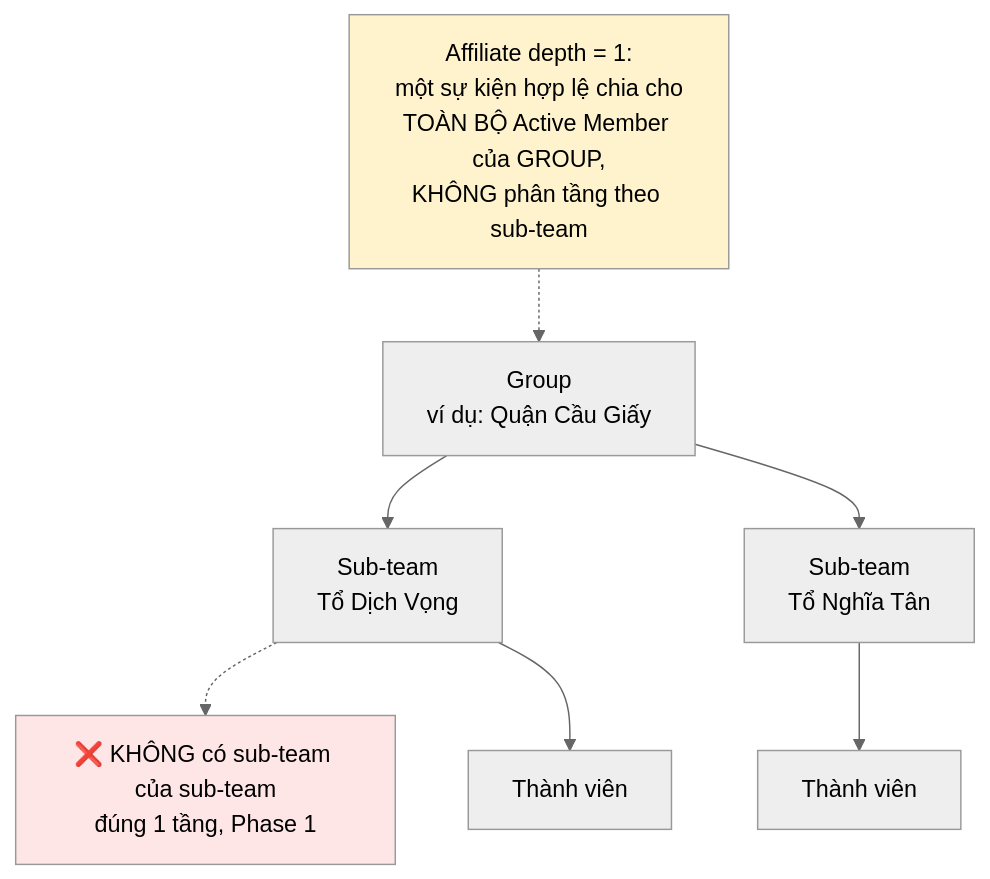
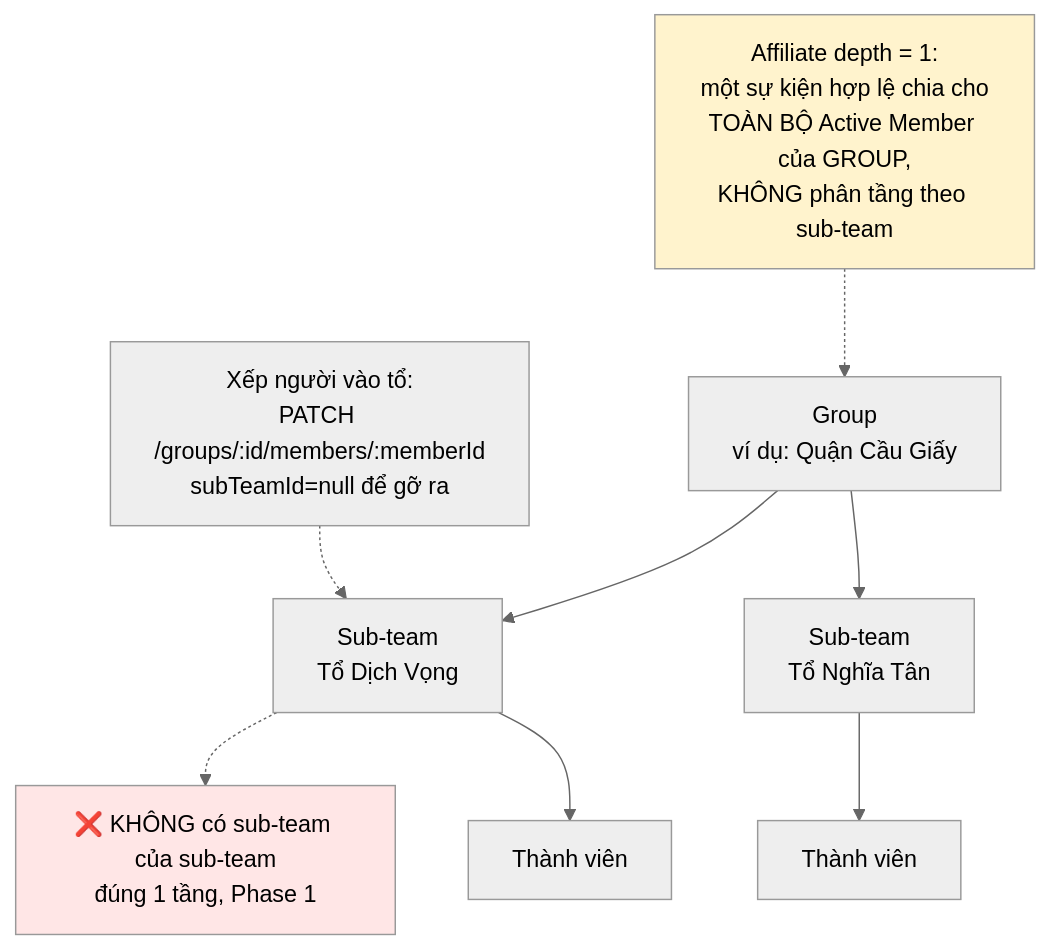
One commit to fdshn/trueheart changed the sixth of 6 diagrams in docs/diagram/18-group.md. Above: the diagram before and after it, drawn with Mermaid (neutral theme). The commit also changed other lines of this file and 20 other files, not shown here.

First line of the commit message:
feat(group): link mời, danh sách thành viên, sub-team và phép xếp người vào tổ (F53/F54)

````diff
--- a/docs/diagram/18-group.md
+++ b/docs/diagram/18-group.md
@@ -139,14 +152,16 @@
 ```mermaid
 flowchart TD
     G["Group<br/>ví dụ: Quận Cầu Giấy"] --> S1["Sub-team<br/>Tổ Dịch Vọng"]
     G --> S2["Sub-team<br/>Tổ Nghĩa Tân"]
     S1 -.-> X["❌ KHÔNG có sub-team của sub-team<br/>đúng 1 tầng, Phase 1"]
 
     S1 --> M1[Thành viên]
     S2 --> M2[Thành viên]
 
+    Z["Xếp người vào tổ:<br/>PATCH /groups/:id/members/:memberId<br/>subTeamId=null để gỡ ra"] -.-> S1
+
     Y["Affiliate depth = 1:<br/>một sự kiện hợp lệ chia cho<br/>TOÀN BỘ Active Member của GROUP,<br/>KHÔNG phân tầng theo sub-team"] -.-> G
 
     style X fill:#ffe6e6
     style Y fill:#fff3cd
 ```
````
